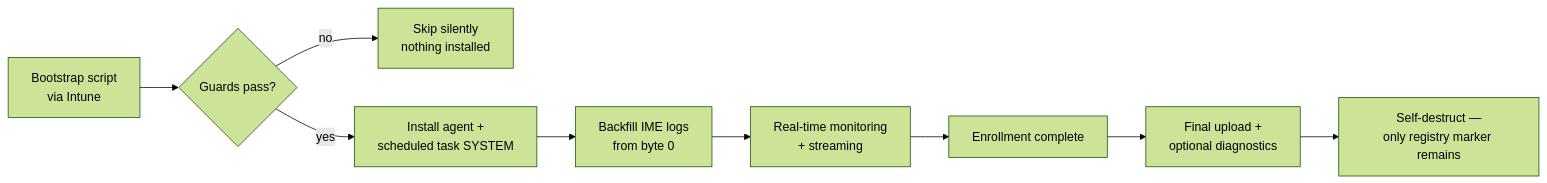
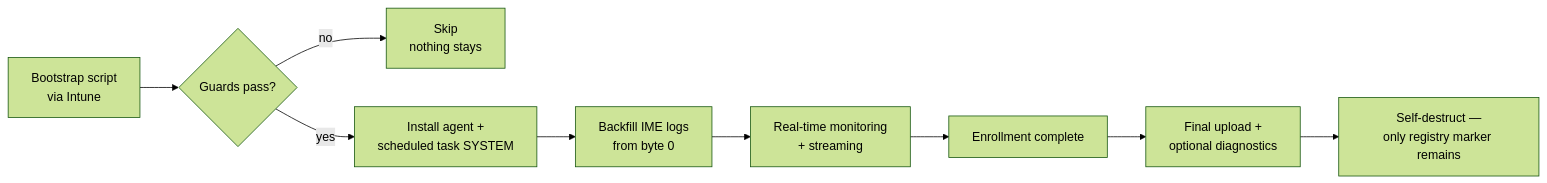
One commit to autopilotmonitor/autopilotmonitor-docs changed the diagram in concepts/agent-lifecycle-and-security.md. Above: the diagram before and after it, drawn with Mermaid (forest theme). The commit also changed other lines of this file and 6 other files, not shown here.

````diff
--- a/concepts/agent-lifecycle-and-security.md
+++ b/concepts/agent-lifecycle-and-security.md
@@ -16,11 +16,11 @@
 ```mermaid
 flowchart LR
     A[Bootstrap script<br/>via Intune] --> B{Guards pass?}
-    B -- no --> X[Skip silently<br/>nothing installed]
+    B -- no --> X[Skip<br/>nothing stays]
     B -- yes --> C[Install agent +<br/>scheduled task SYSTEM]
     C --> D[Backfill IME logs<br/>from byte 0]
     D --> E[Real-time monitoring<br/>+ streaming]
     E --> F[Enrollment complete]
     F --> G[Final upload +<br/>optional diagnostics]
     G --> H[Self-destruct —<br/>only registry marker remains]
 ```
````
